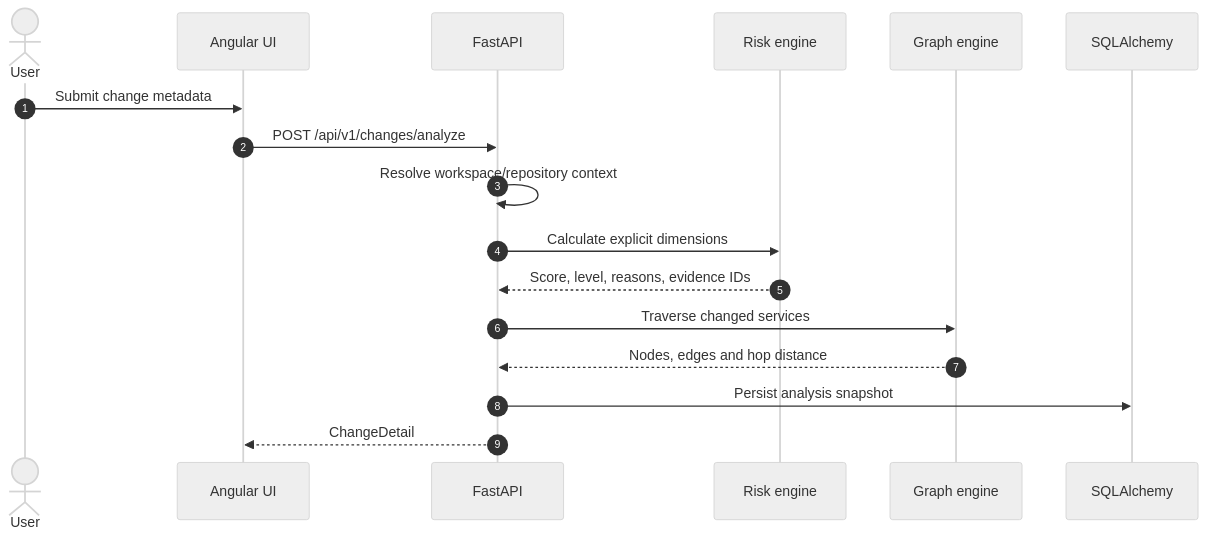
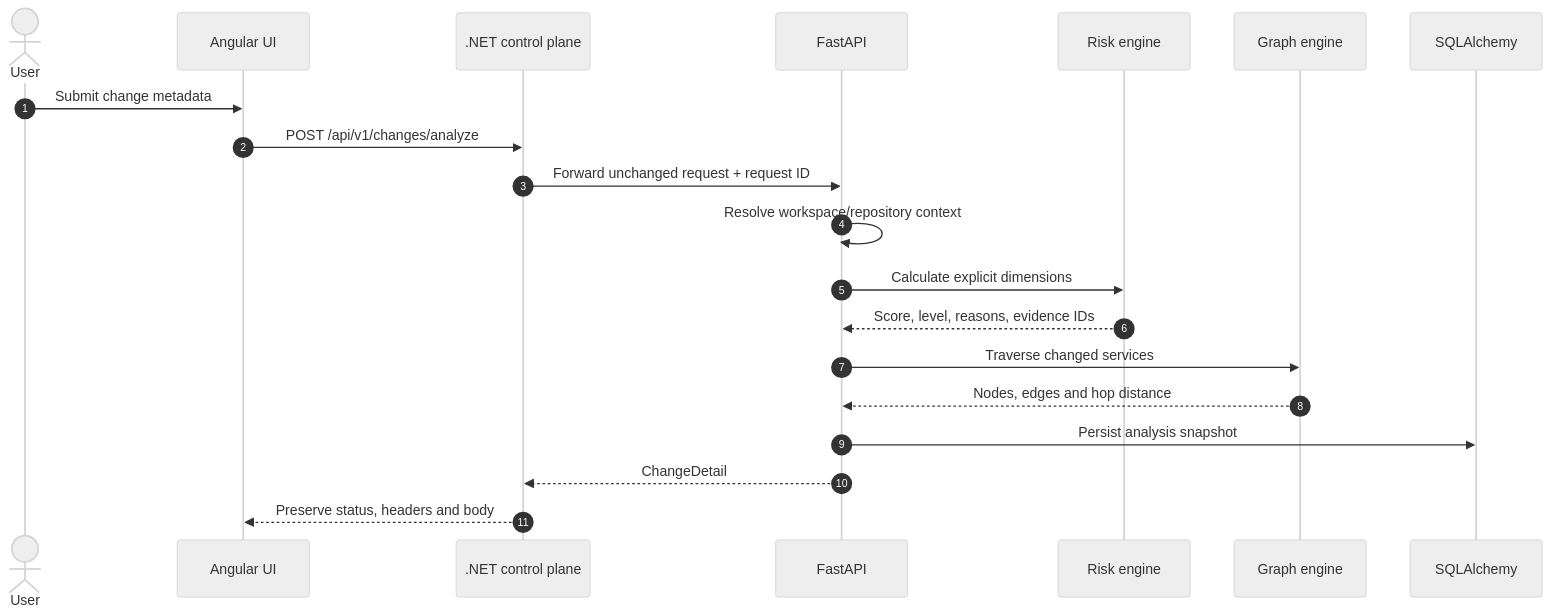
Before and after one commit to kingggg5/deployguardai: the third of 5 diagrams in docs/ARCHITECTURE.md, drawn with Mermaid (neutral theme). The commit also changed other lines of this file and 98 other files, not shown here.

First line of the commit message:
feat: ship keyless evidence receipts and .NET control plane (#21)

````diff
--- a/docs/ARCHITECTURE.md
+++ b/docs/ARCHITECTURE.md
@@ -169,20 +180,23 @@
 ```mermaid
 sequenceDiagram
     autonumber
     actor User
     participant UI as Angular UI
+    participant Edge as .NET control plane
     participant API as FastAPI
     participant Risk as Risk engine
     participant Graph as Graph engine
     participant DB as SQLAlchemy
 
     User->>UI: Submit change metadata
-    UI->>API: POST /api/v1/changes/analyze
+    UI->>Edge: POST /api/v1/changes/analyze
+    Edge->>API: Forward unchanged request + request ID
     API->>API: Resolve workspace/repository context
     API->>Risk: Calculate explicit dimensions
     Risk-->>API: Score, level, reasons, evidence IDs
     API->>Graph: Traverse changed services
     Graph-->>API: Nodes, edges and hop distance
     API->>DB: Persist analysis snapshot
-    API-->>UI: ChangeDetail
+    API-->>Edge: ChangeDetail
+    Edge-->>UI: Preserve status, headers and body
 ```
````
